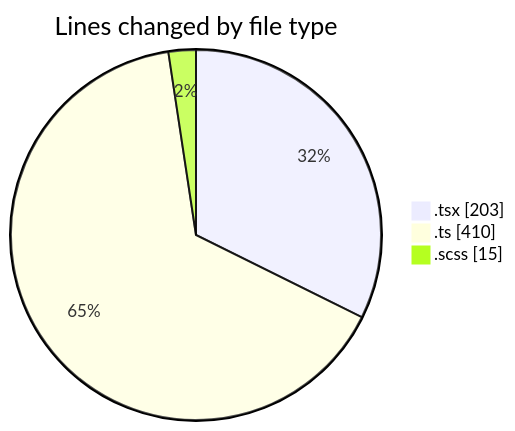
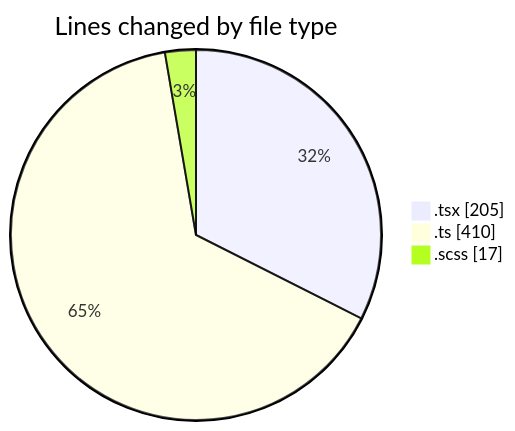
The first of 2 diagrams in 2026-03-26/cda/README.md (momahboobian/code-tracking), drawn with Mermaid before and after one commit. The commit also changed other lines of this file and 1 other file, not shown here.

````diff
--- a/2026-03-26/cda/README.md
+++ b/2026-03-26/cda/README.md
@@ -23,7 +23,7 @@
 ```mermaid
 pie showData
 title Lines changed by file type
-".tsx" : 203
+".tsx" : 205
 ".ts" : 410
-".scss" : 15
+".scss" : 17
 ```
````
